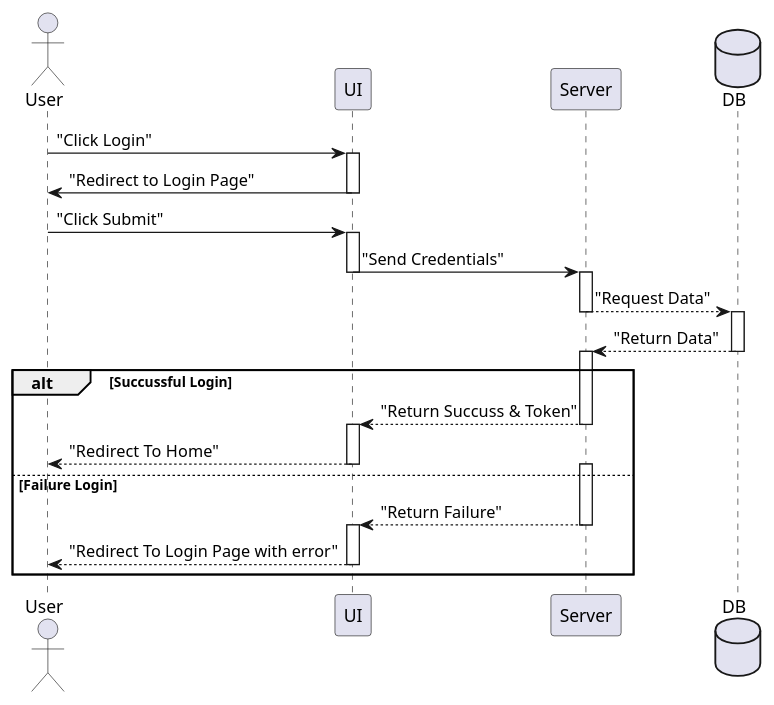
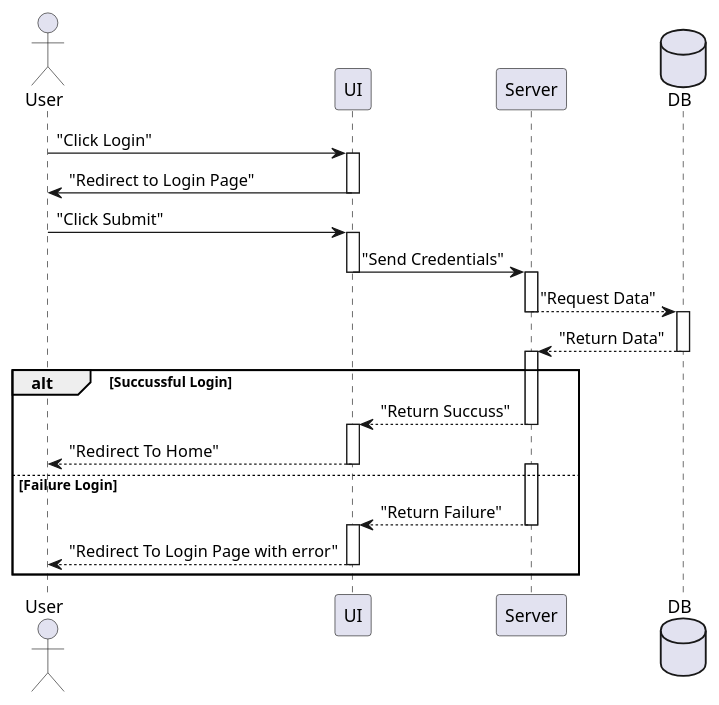
The diagram in conception/sequence_diagram/login_sequence.puml (Th3You7/LinkUp), drawn with PlantUML before and after one commit. The commit also changed 4 other files, not shown here.

Commit message:
updatig diagrams

```diff
--- a/conception/sequence_diagram/login_sequence.puml
+++ b/conception/sequence_diagram/login_sequence.puml
@@ -1,39 +1,39 @@
 @startuml sequence_diagram
 actor User
 participant "UI" as UI
 participant "Server" as Server
 database "DB" as DB
 
 User -> UI: "Click Login"
 activate UI
 UI -> User: "Redirect to Login Page"
 deactivate UI
 
 User -> UI: "Click Submit"
 activate UI
 UI -> Server: "Send Credentials"
 deactivate UI
 activate Server
 Server --> DB: "Request Data"
 deactivate Server
 activate DB
 DB --> Server: "Return Data"
 deactivate DB
 
 
 alt Succussful Login
     activate Server
-    Server --> UI: "Return Succuss & Token"
+    Server --> UI: "Return Succuss"
     deactivate Server
     activate UI
     UI --> User: "Redirect To Home"
     deactivate UI
 else Failure Login
     activate Server
     Server --> UI: "Return Failure"
     deactivate Server
     activate UI
     UI --> User: "Redirect To Login Page with error"
     deactivate UI
 end
 @enduml
```
